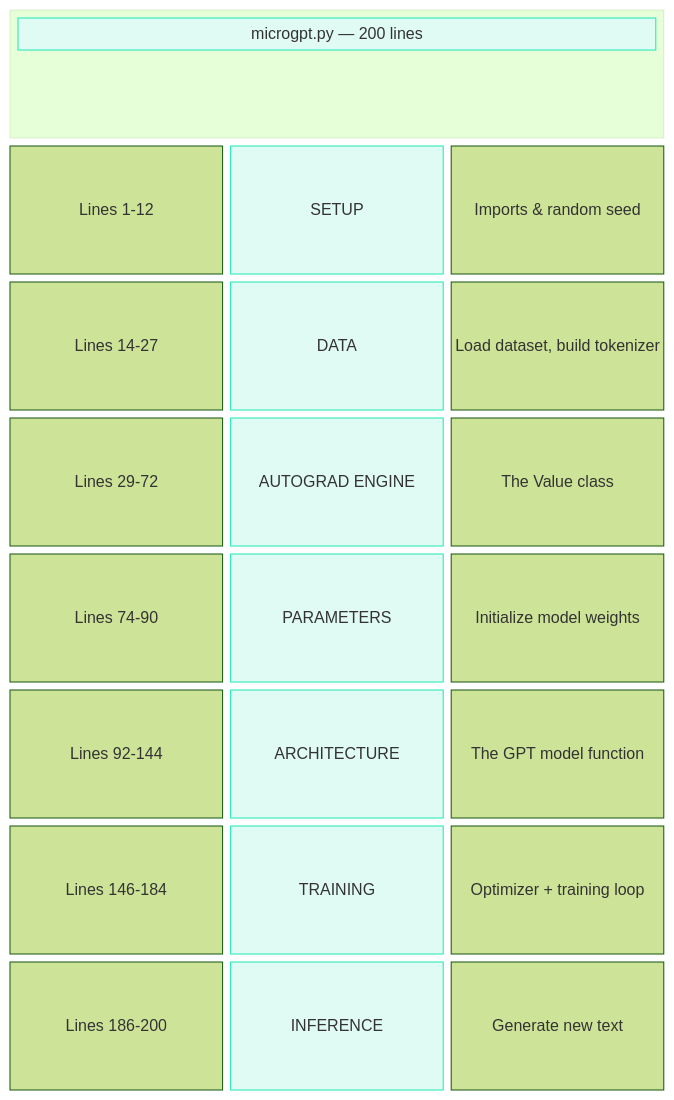
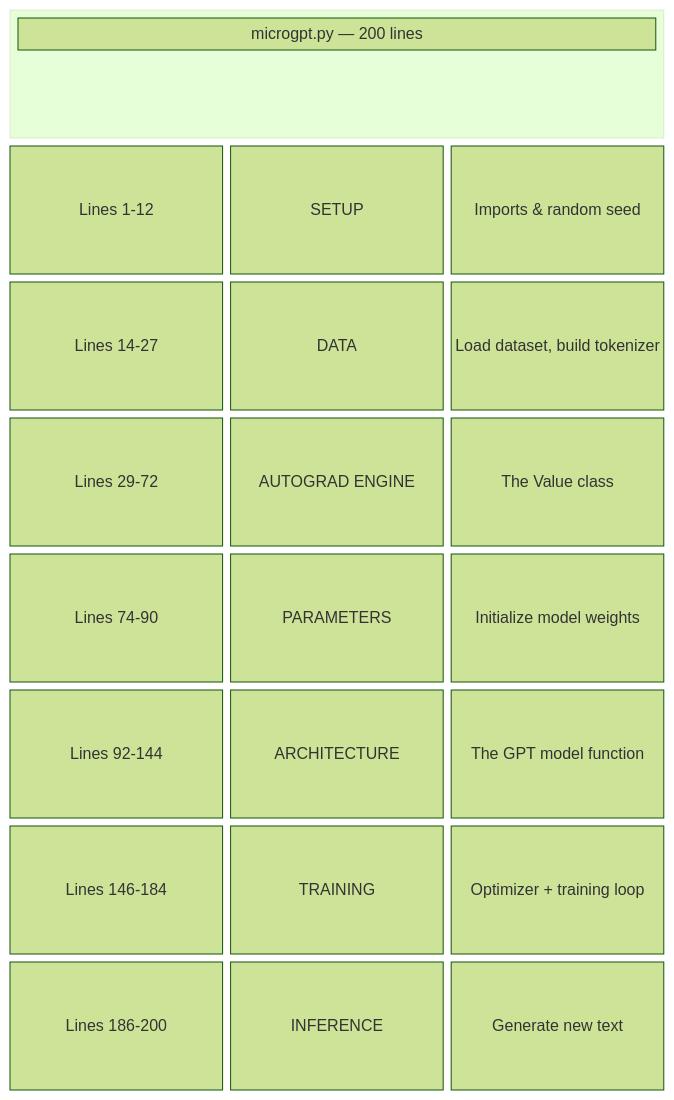
The first of 2 diagrams in docs/00-the-big-picture/01-the-200-line-map.md (iamkhalid2/microgpt-course), drawn with Mermaid (forest theme) before and after one commit. The commit also changed other lines of this file and 20 other files, not shown here.

Commit message:
Remove all inline Mermaid styles - let theme handle colors natively

````diff
--- a/docs/00-the-big-picture/01-the-200-line-map.md
+++ b/docs/00-the-big-picture/01-the-200-line-map.md
@@ -7,24 +7,15 @@
 ```mermaid
 block-beta
     columns 3
     block:header:3
         columns 3
         h["microgpt.py — 200 lines"]:3
     end
     l1["Lines 1-12"] s1["SETUP"] d1["Imports & random seed"]
     l2["Lines 14-27"] s2["DATA"] d2["Load dataset, build tokenizer"]
     l3["Lines 29-72"] s3["AUTOGRAD ENGINE"] d3["The Value class"]
     l4["Lines 74-90"] s4["PARAMETERS"] d4["Initialize model weights"]
     l5["Lines 92-144"] s5["ARCHITECTURE"] d5["The GPT model function"]
     l6["Lines 146-184"] s6["TRAINING"] d6["Optimizer + training loop"]
     l7["Lines 186-200"] s7["INFERENCE"] d7["Generate new text"]
-
-    style h fill:#e0faf4,stroke:#1de9b6
-    style s1 fill:#e0faf4,stroke:#1de9b6
-    style s2 fill:#e0faf4,stroke:#1de9b6
-    style s3 fill:#e0faf4,stroke:#1de9b6
-    style s4 fill:#e0faf4,stroke:#1de9b6
-    style s5 fill:#e0faf4,stroke:#1de9b6
-    style s6 fill:#e0faf4,stroke:#1de9b6
-    style s7 fill:#e0faf4,stroke:#1de9b6
 ```
````
